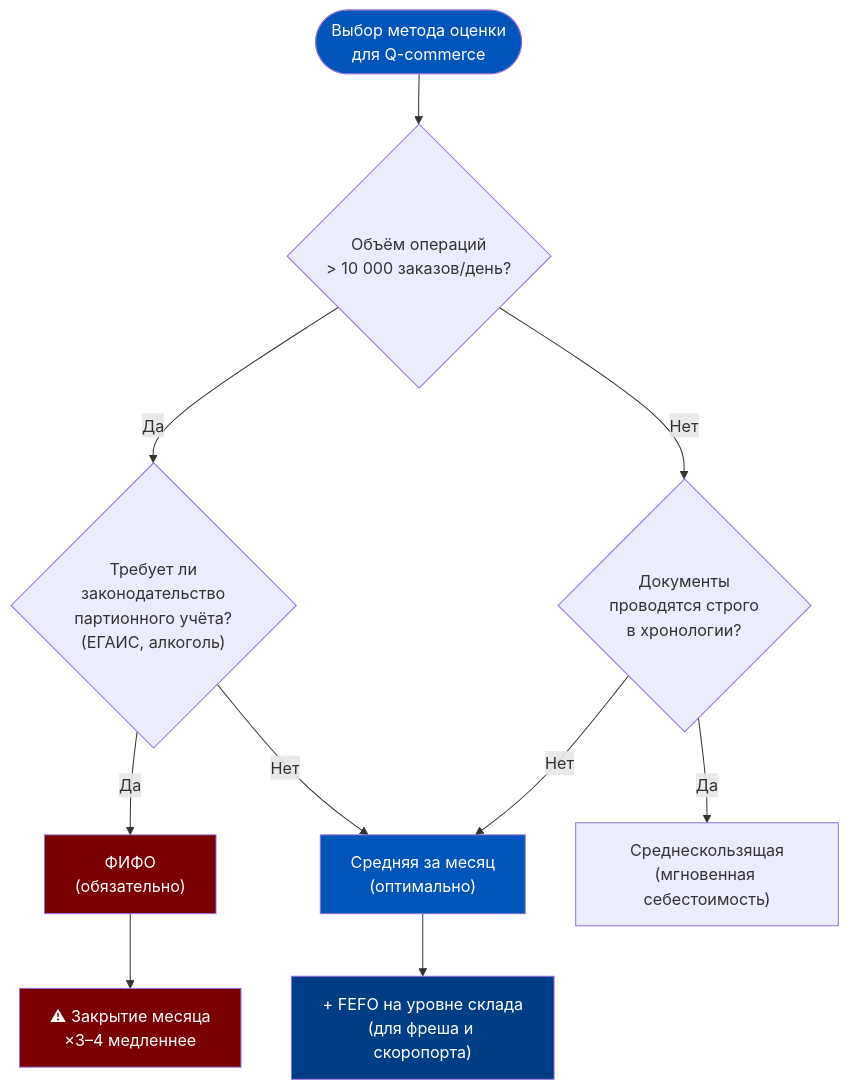
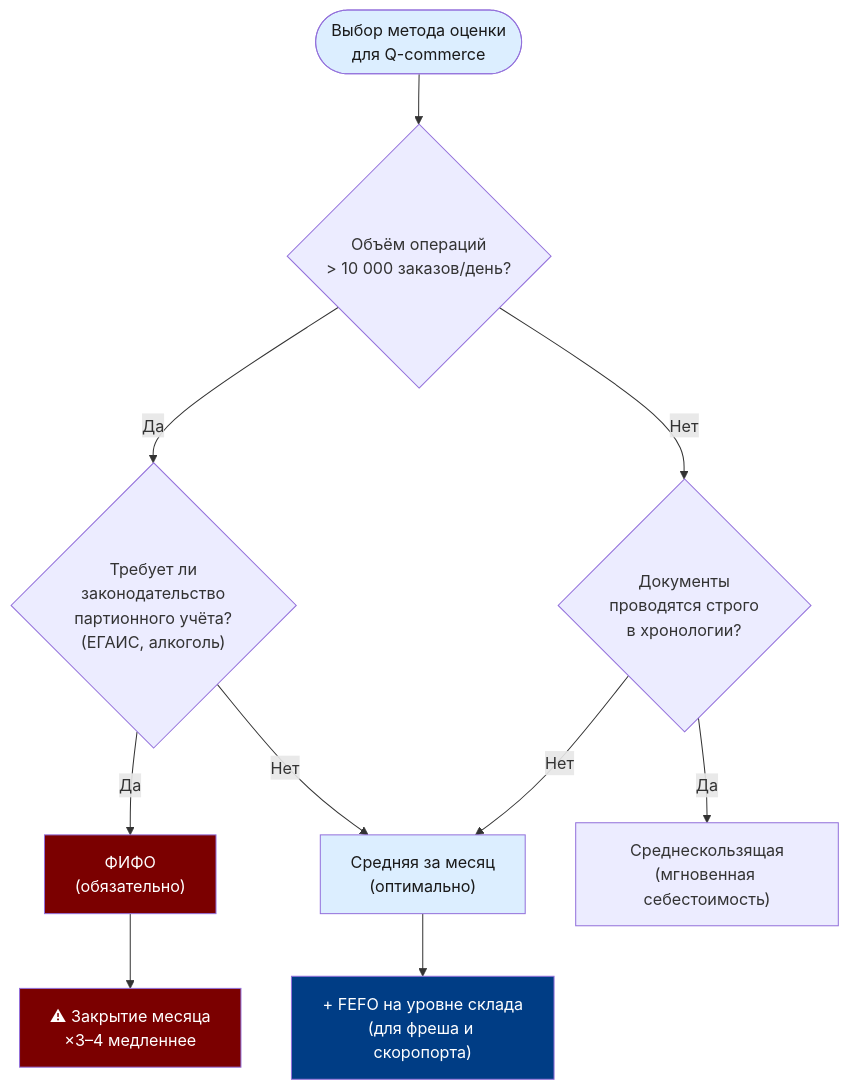
One commit to murad1986/1c-erp-quartz changed the fifth of 5 diagrams in content/1c-erp/week_1/Неделя 1 - День 3 - Учётная политика.md. Above: the diagram before and after it, drawn with Mermaid. The commit also changed other lines of this file and 57 other files, not shown here.

First line of the commit message:
fix: Mermaid — пастельные цвета в источниках диаграмм (56 файлов)

````diff
--- a/content/1c-erp/week_1/Неделя 1 - День 3 - Учётная политика.md
+++ b/content/1c-erp/week_1/Неделя 1 - День 3 - Учётная политика.md
@@ -521,19 +521,19 @@
 ```mermaid
 flowchart TD
     START(["Выбор метода оценки<br/>для Q-commerce"])
     START --> Q1{"Объём операций<br/>> 10 000 заказов/день?"}
     Q1 -- Да --> Q2{"Требует ли<br/>законодательство<br/>партионного учёта?<br/>(ЕГАИС, алкоголь)"}
     Q1 -- Нет --> Q3{"Документы<br/>проводятся строго<br/>в хронологии?"}
     Q2 -- Да --> FIFO["ФИФО<br/>(обязательно)"]
     Q2 -- Нет --> AVG["Средняя за месяц<br/>(оптимально)"]
     Q3 -- Да --> MAVG["Среднескользящая<br/>(мгновенная себестоимость)"]
     Q3 -- Нет --> AVG
     AVG --> HYBRID["+ FEFO на уровне склада<br/>(для фреша и скоропорта)"]
     FIFO --> WARN["⚠ Закрытие месяца<br/>×3–4 медленнее"]
 
-    style START fill:#0055BB,color:#fff
-    style AVG fill:#0055BB,color:#fff
+    style START fill:#dceeff,color:#1a1a1a
+    style AVG fill:#dceeff,color:#1a1a1a
     style HYBRID fill:#003d85,color:#fff
     style FIFO fill:#7B0000,color:#fff
     style WARN fill:#7B0000,color:#fff
 ```
````
